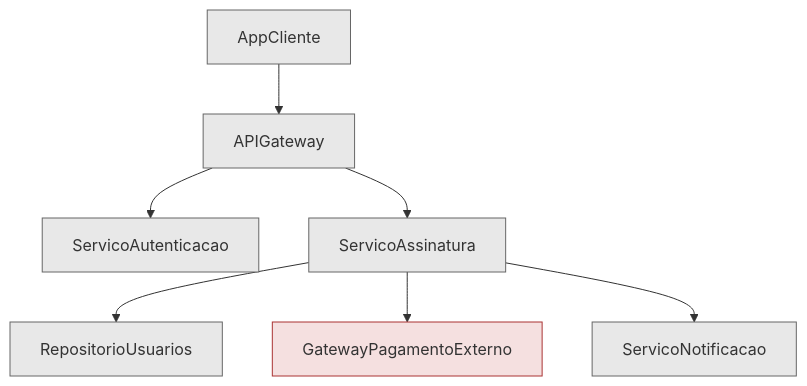
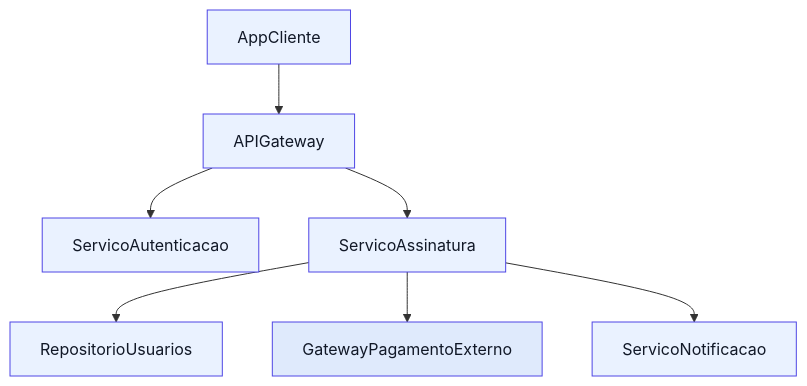
The fifth of 17 diagrams in README.MD (DaviPatricio06/meus-estudos-vvts), drawn with Mermaid before and after one commit. The commit also changed other lines of this file, not shown here.

````diff
--- a/README.MD
+++ b/README.MD
@@ -605,17 +605,16 @@
 ```mermaid
 graph TD
+    classDef padrao fill:#eaf2ff,stroke:#4f46e5,color:#111827;
+    classDef externo fill:#dfeafc,stroke:#4f46e5,color:#111827;
+    classDef ausencia fill:#f3f4f6,stroke:#64748b,color:#111827,stroke-dasharray: 5 5;
+
     AppCliente["AppCliente"] --> APIGateway["APIGateway"]
     APIGateway --> ServicoAutenticacao["ServicoAutenticacao"]
     APIGateway --> ServicoAssinatura["ServicoAssinatura"]
     ServicoAssinatura --> RepositorioUsuarios["RepositorioUsuarios"]
     ServicoAssinatura --> GatewayPagamentoExterno["GatewayPagamentoExterno"]
     ServicoAssinatura --> ServicoNotificacao["ServicoNotificacao"]
 
-    style AppCliente fill:#e8e8e8,stroke:#666
-    style APIGateway fill:#e8e8e8,stroke:#666
-    style ServicoAutenticacao fill:#e8e8e8,stroke:#666
-    style ServicoAssinatura fill:#e8e8e8,stroke:#666
-    style RepositorioUsuarios fill:#e8e8e8,stroke:#666
-    style GatewayPagamentoExterno fill:#f5e0e0,stroke:#a33
-    style ServicoNotificacao fill:#e8e8e8,stroke:#666
+    class AppCliente,APIGateway,ServicoAutenticacao,ServicoAssinatura,RepositorioUsuarios,ServicoNotificacao padrao;
+    class GatewayPagamentoExterno externo;
 ```
````
